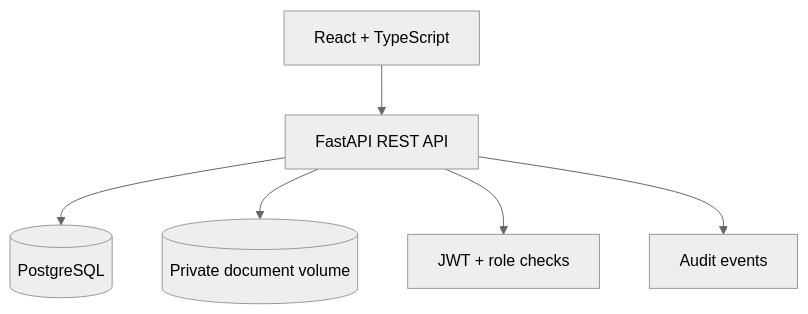
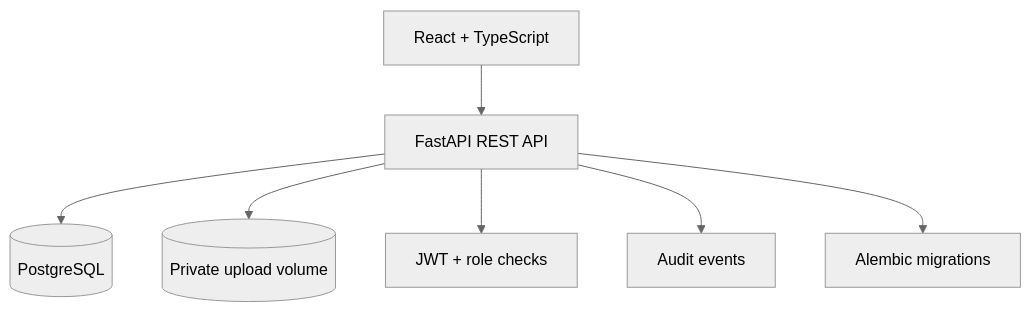
One commit to SrijaMalhar/mane-maarga changed the diagram in README.md. Above: the diagram before and after it, drawn with Mermaid (neutral theme). The commit also changed other lines of this file and 29 other files, not shown here.

````diff
--- a/README.md
+++ b/README.md
@@ -93,8 +89,9 @@
 ```mermaid
 flowchart TD
   UI[React + TypeScript] --> API[FastAPI REST API]
   API --> DB[(PostgreSQL)]
-  API --> FILES[(Private document volume)]
+  API --> FILES[(Private upload volume)]
   API --> AUTH[JWT + role checks]
   API --> AUDIT[Audit events]
+  API --> MIG[ Alembic migrations ]
 ```
````
